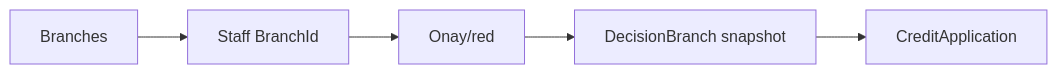
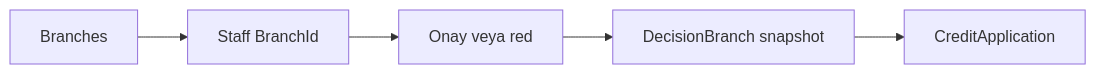
Before and after one commit to fdeniz07/BankApp: the first of 2 diagrams in docs/learning/tr/27-branch-model.md, drawn with Mermaid. The commit also changed other lines of this file and 105 other files, not shown here.

First line of the commit message:
doc: Enrich learning chapters with labs, pitfalls, and safe Mermaid

````diff
--- a/docs/learning/tr/27-branch-model.md
+++ b/docs/learning/tr/27-branch-model.md
@@ -11,7 +13,7 @@
 ```mermaid
 flowchart LR
-  BR[Branches] --> ST[Staff BranchId]
-  ST --> APR[Onay/red]
-  APR --> SNAP[DecisionBranch snapshot]
-  SNAP --> APP[CreditApplication]
+  BR["Branches"] --> ST["Staff BranchId"]
+  ST --> APR["Onay veya red"]
+  APR --> SNAP["DecisionBranch snapshot"]
+  SNAP --> APP["CreditApplication"]
 ```
````
